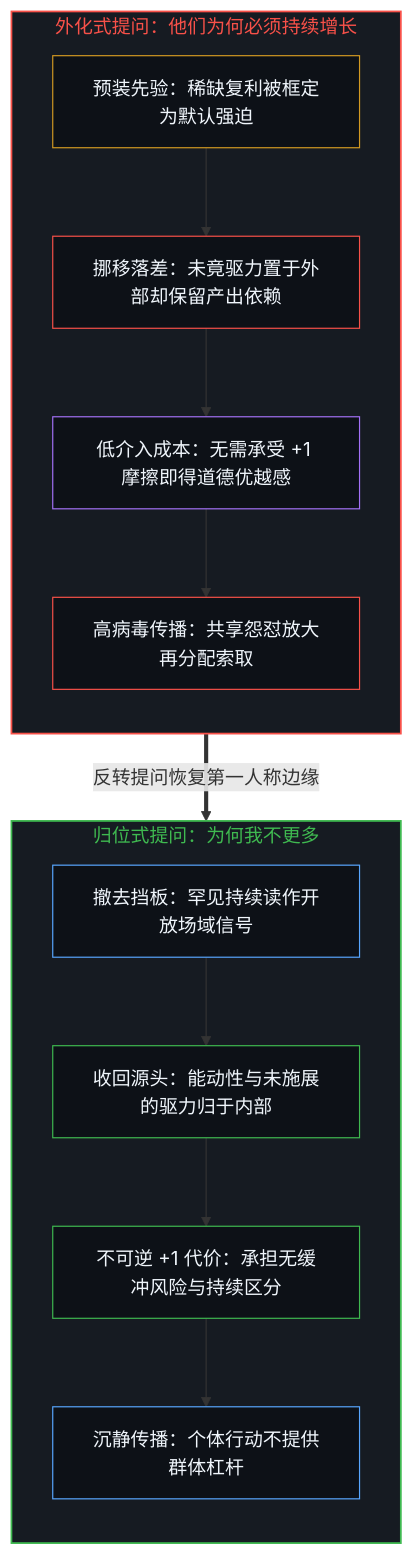
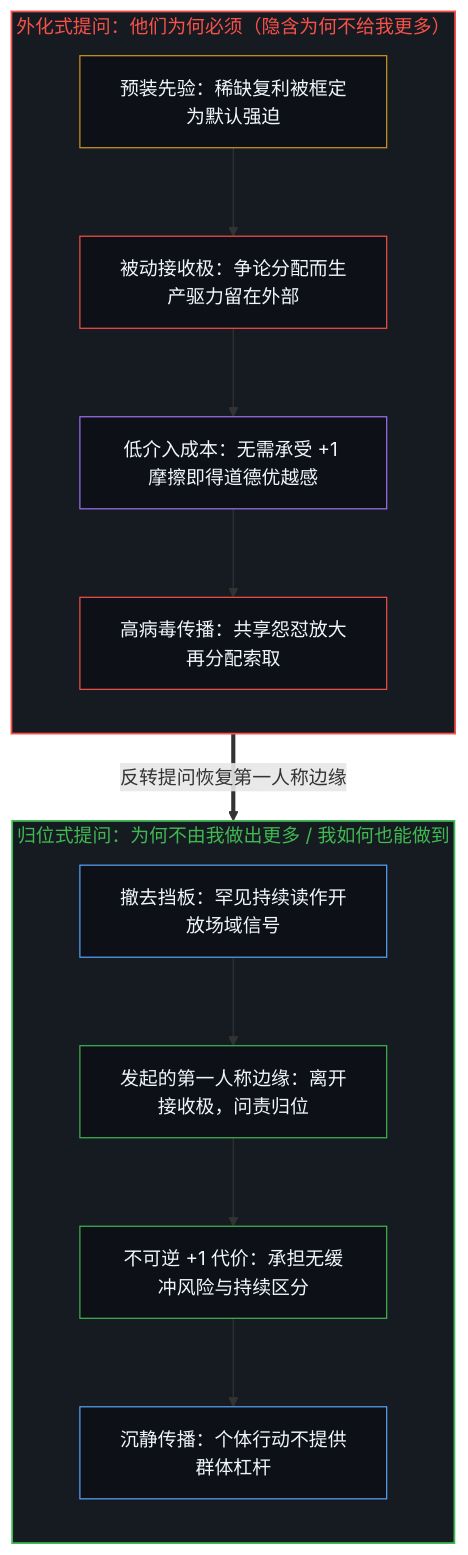
One commit to powerpig99/not-a-toe changed the third of 4 diagrams in content/posts/externalizing-unmet-drive-as-the-pathology-of-growth.md. Above: the diagram before and after it, drawn with Mermaid. The commit also changed other lines of this file and 2 other files, not shown here.

````diff
--- a/content/posts/externalizing-unmet-drive-as-the-pathology-of-growth.md
+++ b/content/posts/externalizing-unmet-drive-as-the-pathology-of-growth.md
@@ -109,30 +109,30 @@
 ```mermaid
 flowchart TD
-    subgraph S_Ext["外化式提问：他们为何必须持续增长"]
+    subgraph S_Ext["外化式提问：他们为何必须（隐含为何不给我更多）"]
         direction TB
         Q1["预装先验：稀缺复利被框定为默认强迫"]
-        Q2["挪移落差：未竟驱力置于外部却保留产出依赖"]
+        Q2["被动接收极：争论分配而生产驱力留在外部"]
         Q3["低介入成本：无需承受 +1 摩擦即得道德优越感"]
         Q4["高病毒传播：共享怨怼放大再分配索取"]
         Q1 --> Q2 --> Q3 --> Q4
     end
-    subgraph S_Own["归位式提问：为何我不更多"]
+    subgraph S_Own["归位式提问：为何不由我做出更多 / 我如何也能做到"]
         direction TB
         F1["撤去挡板：罕见持续读作开放场域信号"]
-        F2["收回源头：能动性与未施展的驱力归于内部"]
+        F2["发起的第一人称边缘：离开接收极，问责归位"]
         F3["不可逆 +1 代价：承担无缓冲风险与持续区分"]
         F4["沉静传播：个体行动不提供群体杠杆"]
         F1 --> F2 --> F3 --> F4
     end
     Q2 ==>|"反转提问恢复第一人称边缘"| F1
     style S_Ext fill:#161b22,stroke:#f85149,stroke-width:1.5px,color:#f85149
     style S_Own fill:#161b22,stroke:#3fb950,stroke-width:1.5px,color:#3fb950
     style Q1 fill:#0d1117,stroke:#d29922,stroke-width:1px,color:#f0f6fc
     style Q2 fill:#0d1117,stroke:#f85149,stroke-width:1px,color:#f0f6fc
     style Q3 fill:#0d1117,stroke:#a371f7,stroke-width:1px,color:#f0f6fc
     style Q4 fill:#0d1117,stroke:#f85149,stroke-width:1px,color:#f0f6fc
     style F1 fill:#0d1117,stroke:#58a6ff,stroke-width:1px,color:#f0f6fc
     style F2 fill:#0d1117,stroke:#3fb950,stroke-width:1px,color:#f0f6fc
     style F3 fill:#0d1117,stroke:#3fb950,stroke-width:1px,color:#f0f6fc
     style F4 fill:#0d1117,stroke:#58a6ff,stroke-width:1px,color:#f0f6fc
 ```
````
